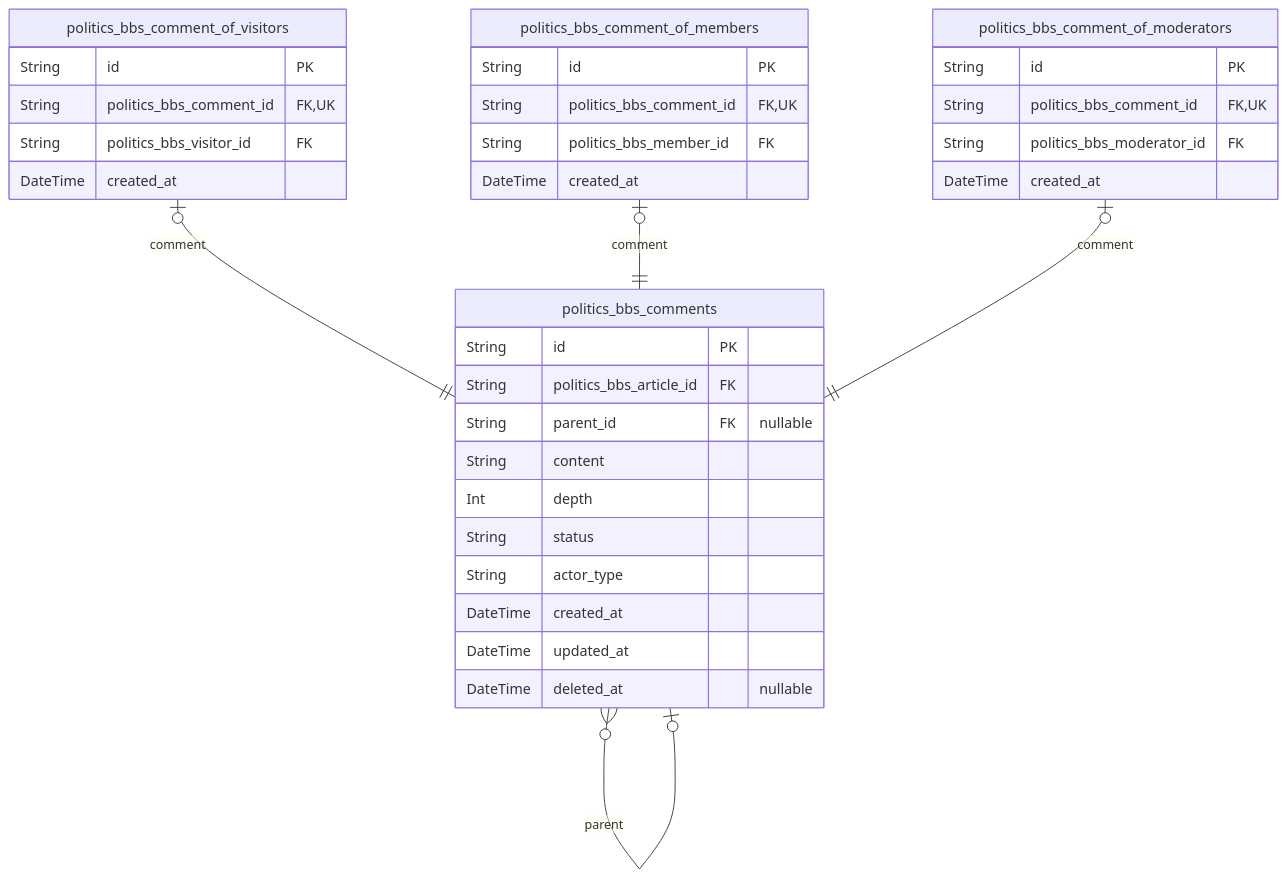
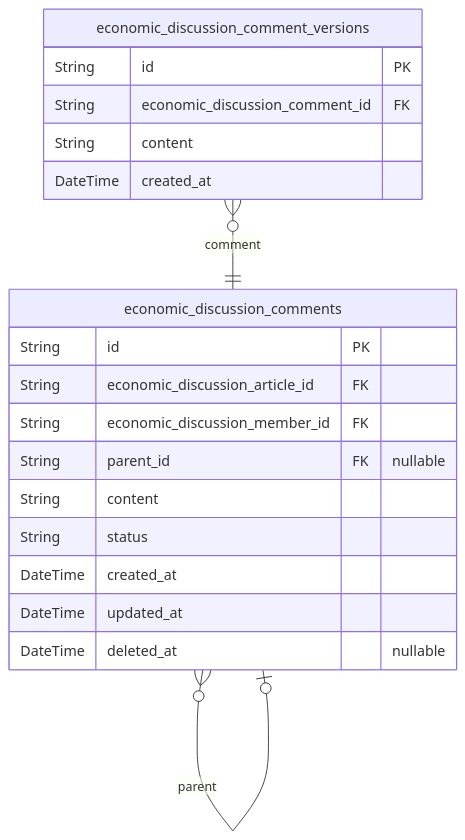
One commit to wrtnlabs/autobe-examples changed the fourth of 6 diagrams in moonshotai/kimi-k2-0905-exacto/bbs/docs/ERD.md. Above: the diagram before and after it, drawn with Mermaid. The commit also changed other lines of this file and 22498 other files, not shown here.

````diff
--- a/moonshotai/kimi-k2-0905-exacto/bbs/docs/ERD.md
+++ b/moonshotai/kimi-k2-0905-exacto/bbs/docs/ERD.md
@@ -300,37 +424,22 @@
 ```mermaid
 erDiagram
-"politics_bbs_comments" {
+"economic_discussion_comments" {
   String id PK
-  String politics_bbs_article_id FK
+  String economic_discussion_article_id FK
+  String economic_discussion_member_id FK
   String parent_id FK "nullable"
   String content
-  Int depth
   String status
-  String actor_type
   DateTime created_at
   DateTime updated_at
   DateTime deleted_at "nullable"
 }
-"politics_bbs_comment_of_visitors" {
+"economic_discussion_comment_versions" {
   String id PK
-  String politics_bbs_comment_id FK,UK
-  String politics_bbs_visitor_id FK
+  String economic_discussion_comment_id FK
+  String content
   DateTime created_at
 }
-"politics_bbs_comment_of_members" {
-  String id PK
-  String politics_bbs_comment_id FK,UK
-  String politics_bbs_member_id FK
-  DateTime created_at
-}
-"politics_bbs_comment_of_moderators" {
-  String id PK
-  String politics_bbs_comment_id FK,UK
-  String politics_bbs_moderator_id FK
-  DateTime created_at
-}
-"politics_bbs_comments" }o--o| "politics_bbs_comments" : parent
-"politics_bbs_comment_of_visitors" |o--|| "politics_bbs_comments" : comment
-"politics_bbs_comment_of_members" |o--|| "politics_bbs_comments" : comment
-"politics_bbs_comment_of_moderators" |o--|| "politics_bbs_comments" : comment
+"economic_discussion_comments" }o--o| "economic_discussion_comments" : parent
+"economic_discussion_comment_versions" }o--|| "economic_discussion_comments" : comment
 ```
````
